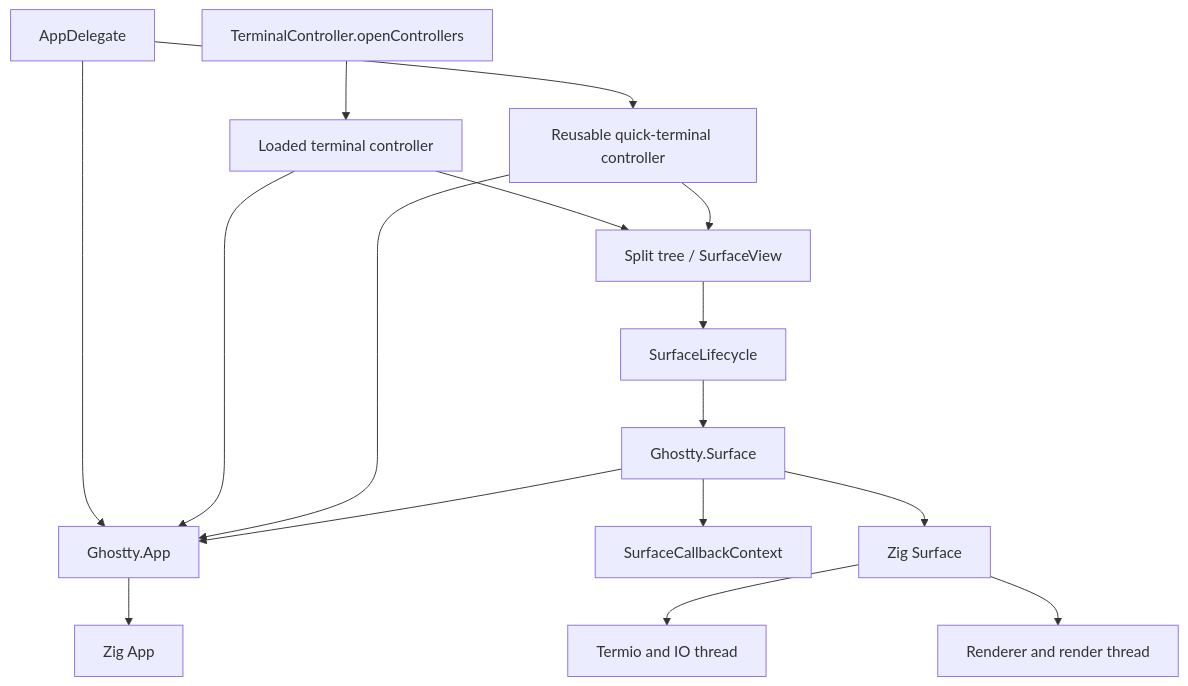
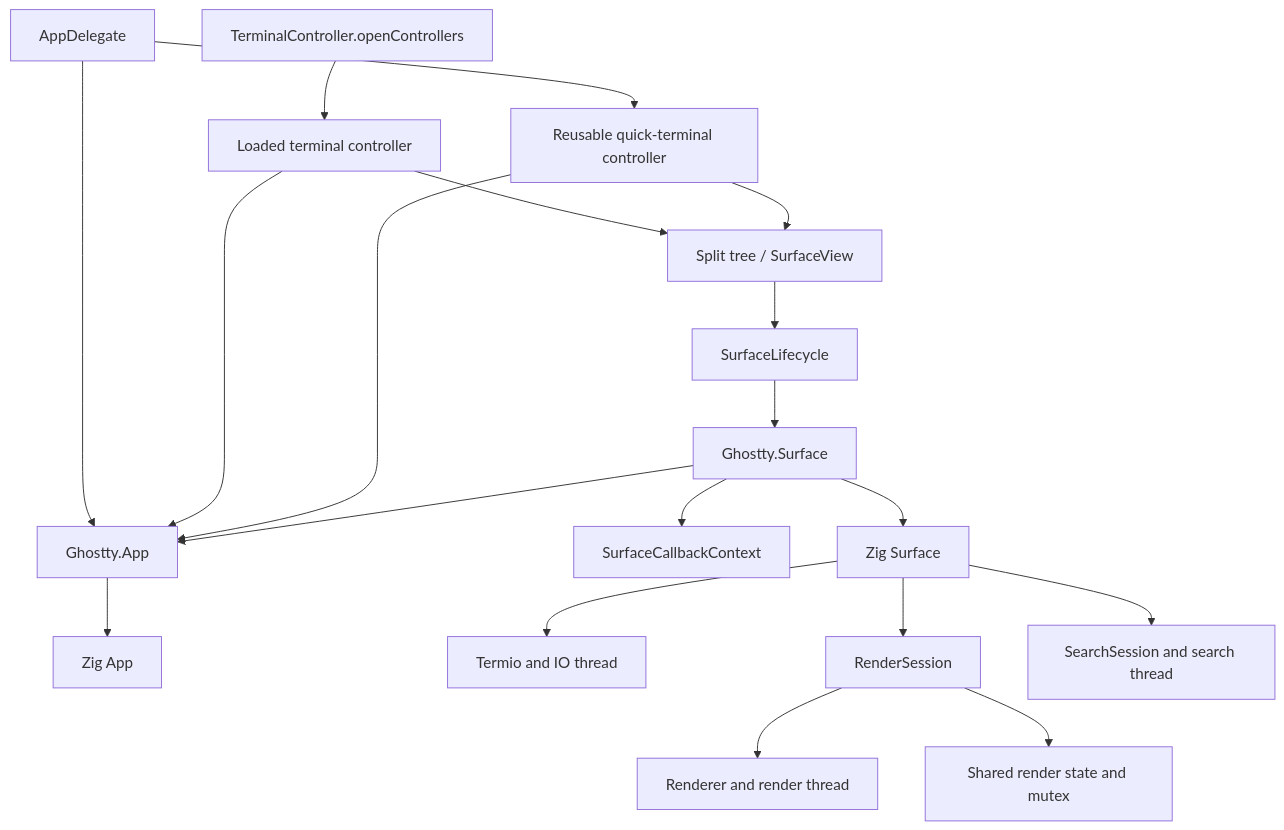
One commit to CJMVPU/cghostty changed the diagram in ARCHITECTURE.md. Above: the diagram before and after it, drawn with Mermaid. The commit also changed other lines of this file and 23 other files, not shown here.

````diff
--- a/ARCHITECTURE.md
+++ b/ARCHITECTURE.md
@@ -9,18 +9,21 @@
 ```mermaid
 flowchart TD
     Delegate[AppDelegate] --> App[Ghostty.App]
     Delegate --> Quick[Reusable quick-terminal controller]
     Open[TerminalController.openControllers] --> Controller[Loaded terminal controller]
     Controller --> App
     Quick --> App
     Controller --> Tree[Split tree / SurfaceView]
     Quick --> Tree
     Tree --> Lifecycle[SurfaceLifecycle]
     Lifecycle --> Handle[Ghostty.Surface]
     Handle --> Context[SurfaceCallbackContext]
     Handle --> App
     App --> Core[Zig App]
     Handle --> Surface[Zig Surface]
     Surface --> IO[Termio and IO thread]
-    Surface --> Render[Renderer and render thread]
+    Surface --> Render[RenderSession]
+    Render --> Renderer[Renderer and render thread]
+    Render --> Shared[Shared render state and mutex]
+    Surface --> Search[SearchSession and search thread]
 ```
````
